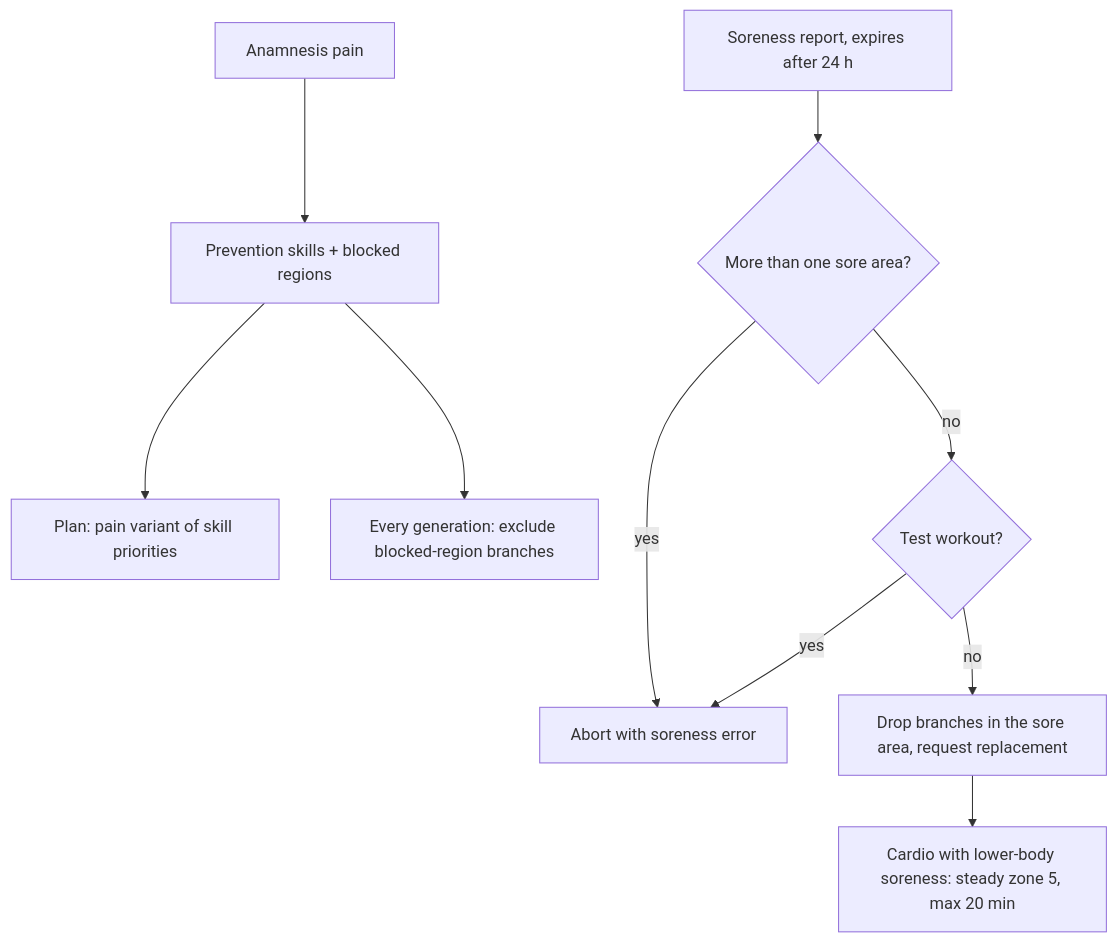
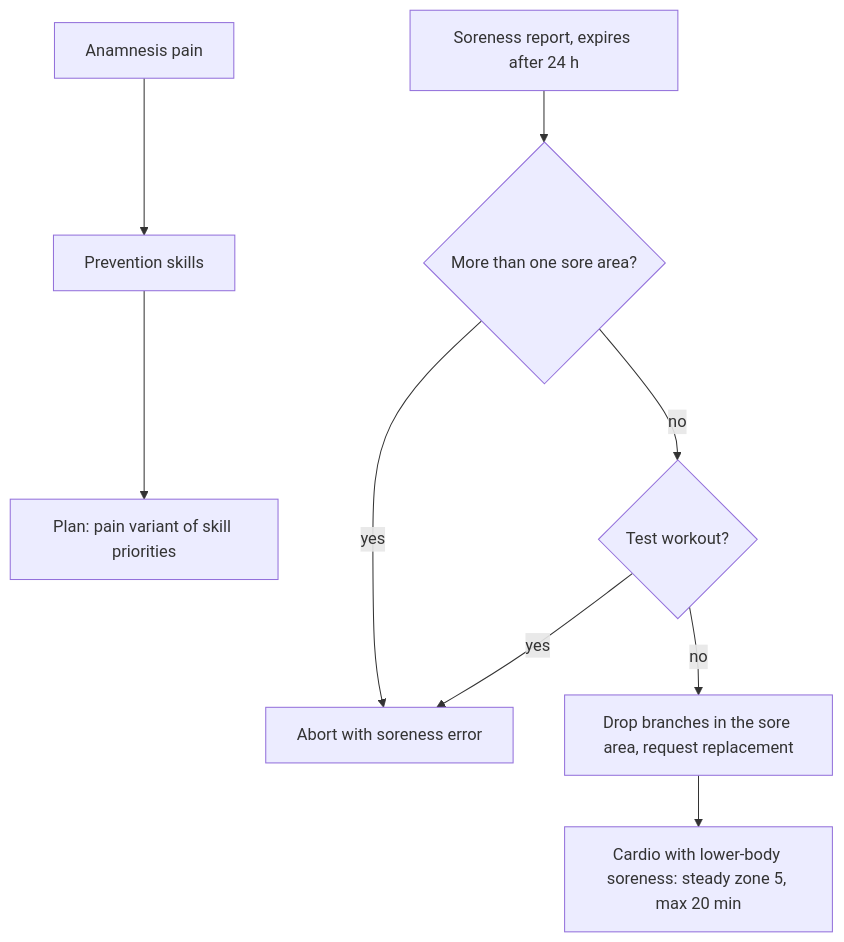
The diagram in athlete-mobile/docs/specs/foundations/pain-soreness-and-prevention.md (digital-athletic/sports-athletic), drawn with Mermaid before and after one commit. The commit also changed other lines of this file and 17 other files, not shown here.

````diff
--- a/athlete-mobile/docs/specs/foundations/pain-soreness-and-prevention.md
+++ b/athlete-mobile/docs/specs/foundations/pain-soreness-and-prevention.md
@@ -79,12 +79,11 @@
 ```mermaid
 flowchart TD
-    A[Anamnesis pain] --> B[Prevention skills + blocked regions]
+    A[Anamnesis pain] --> B[Prevention skills]
     B --> C[Plan: pain variant of skill priorities]
-    B --> D[Every generation: exclude blocked-region branches]
     E[Soreness report, expires after 24 h] --> F{More than one sore area?}
     F -- yes --> G[Abort with soreness error]
     F -- no --> H{Test workout?}
     H -- yes --> G
     H -- no --> I[Drop branches in the sore area, request replacement]
     I --> J[Cardio with lower-body soreness: steady zone 5, max 20 min]
 ```
````
